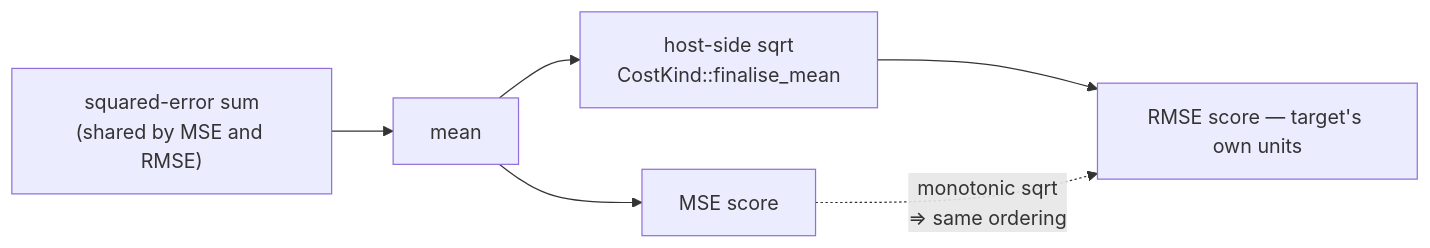
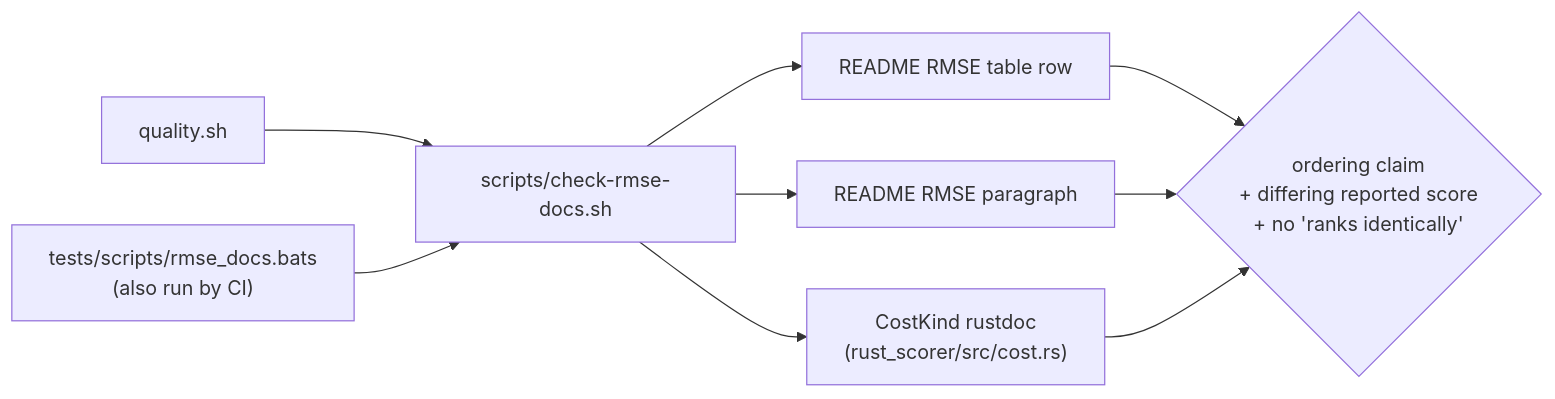
The diagram in docs/archive/pr-summaries/pr-summary-556.md (stSoftwareAU/NEAT-AI-scorer), drawn with Mermaid before and after one commit. The commit also changed other lines of this file, not shown here.

````diff
--- a/docs/archive/pr-summaries/pr-summary-556.md
+++ b/docs/archive/pr-summaries/pr-summary-556.md
@@ -49,8 +50,10 @@
 ```mermaid
 flowchart LR
-    S["squared-error sum<br/>(shared by MSE and RMSE)"] --> M["mean"]
-    M --> MSE["MSE score"]
-    M --> R["host-side sqrt<br/>CostKind::finalise_mean"]
-    R --> RMSE["RMSE score — target's own units"]
-    MSE -.->|"monotonic sqrt<br/>⇒ same ordering"| RMSE
+    Q["quality.sh"] --> S["scripts/check-rmse-docs.sh"]
+    B["tests/scripts/rmse_docs.bats<br/>(also run by CI)"] --> S
+    S --> R["README RMSE table row"]
+    S --> P["README RMSE paragraph"]
+    S --> D["CostKind rustdoc<br/>(rust_scorer/src/cost.rs)"]
+    R & P --> C{"ordering claim<br/>+ differing reported score<br/>+ no 'ranks identically'"}
+    D --> C
 ```
````
